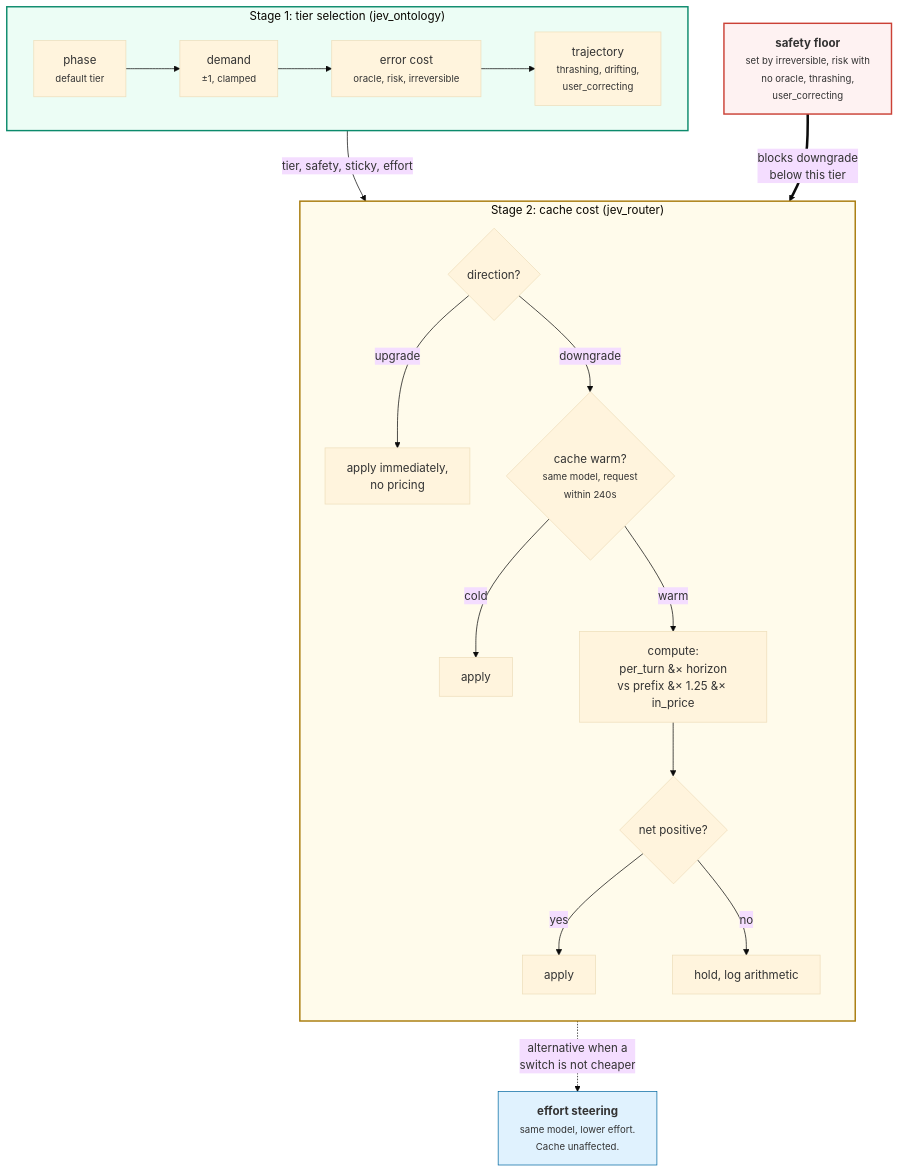
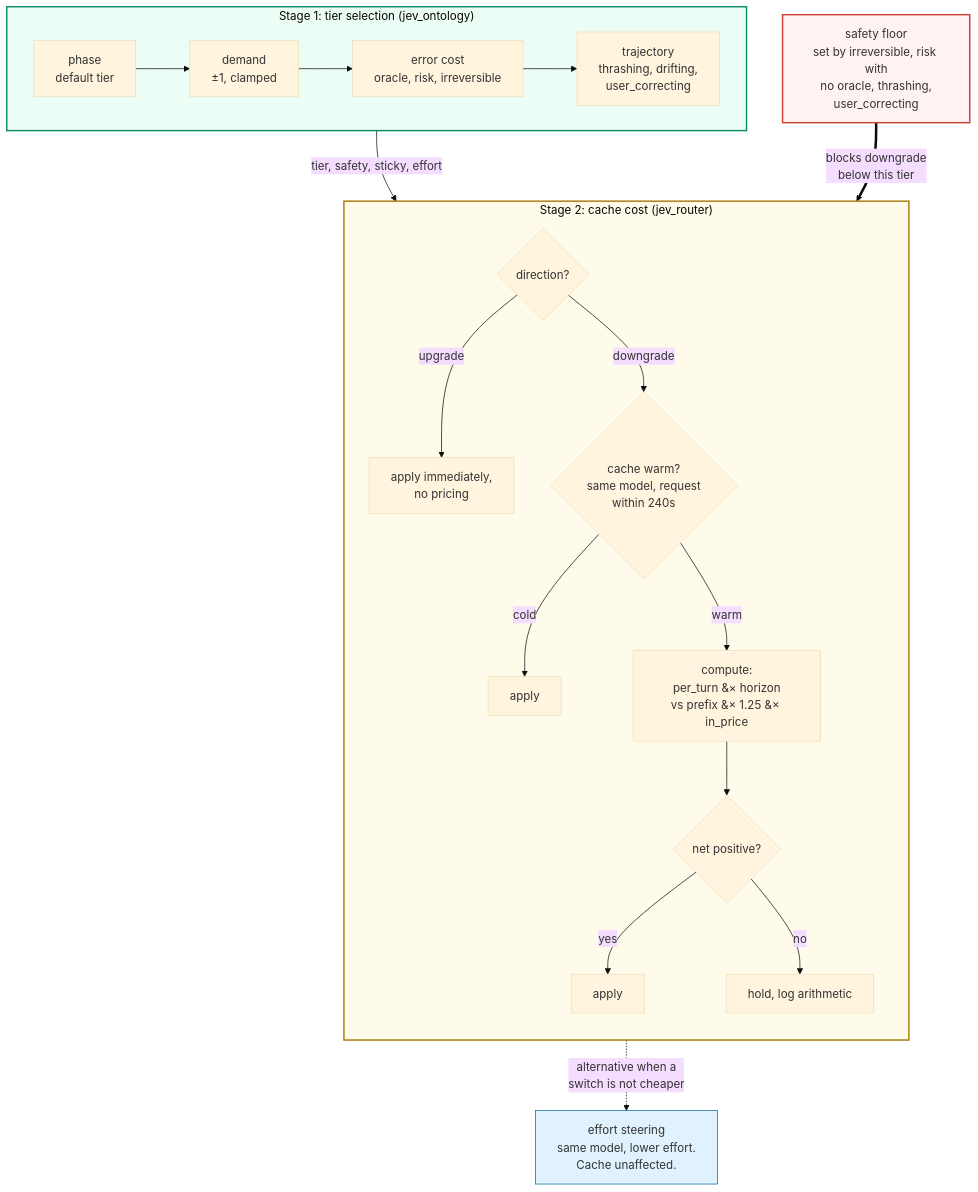
The fourth of 4 diagrams in docs/ARCHITECTURE.md (tgiridhar/claude-code-jev-smart-router), drawn with Mermaid (base theme) before and after one commit. The commit also changed other lines of this file and 2 other files, not shown here.

First line of the commit message:
docs: strip font tags from mermaid node labels

````diff
--- a/docs/ARCHITECTURE.md
+++ b/docs/ARCHITECTURE.md
@@ -163,32 +163,32 @@
 ```mermaid
 flowchart TB
     subgraph want["Stage 1: tier selection (jev_ontology)"]
         direction LR
-        w1["phase<br/><small>default tier</small>"] --> w2["demand<br/><small>&plusmn;1, clamped</small>"] --> w3["error cost<br/><small>oracle, risk, irreversible</small>"] --> w4["trajectory<br/><small>thrashing, drifting,<br/>user_correcting</small>"]
+        w1["phase<br/>default tier"] --> w2["demand<br/>&plusmn;1, clamped"] --> w3["error cost<br/>oracle, risk, irreversible"] --> w4["trajectory<br/>thrashing, drifting,<br/>user_correcting"]
     end
 
     want -->|"tier, safety, sticky, effort"| gate
 
     subgraph gate["Stage 2: cache cost (jev_router)"]
         direction TB
         g0{"direction?"}
         g0 -->|upgrade| g1["apply immediately,<br/>no pricing"]
-        g0 -->|downgrade| g2{"cache warm?<br/><small>same model, request<br/>within 240s</small>"}
+        g0 -->|downgrade| g2{"cache warm?<br/>same model, request<br/>within 240s"}
         g2 -->|cold| g3["apply"]
         g2 -->|warm| g4["compute:<br/>per_turn &#215; horizon<br/>vs prefix &#215; 1.25 &#215; in_price"]
         g4 --> g5{"net positive?"}
         g5 -->|yes| g6["apply"]
         g5 -->|no| g7["hold, log arithmetic"]
     end
 
-    safety["<b>safety floor</b><br/><small>set by irreversible, risk with<br/>no oracle, thrashing,<br/>user_correcting</small>"]
+    safety["safety floor<br/>set by irreversible, risk with<br/>no oracle, thrashing,<br/>user_correcting"]
     safety ==>|"blocks downgrade<br/>below this tier"| gate
 
-    effort["<b>effort steering</b><br/><small>same model, lower effort.<br/>Cache unaffected.</small>"]
+    effort["effort steering<br/>same model, lower effort.<br/>Cache unaffected."]
     gate -.->|"alternative when a<br/>switch is not cheaper"| effort
 
     style want fill:#ecfdf5,stroke:#0c8a6c,stroke-width:2px
     style gate fill:#fffbeb,stroke:#a87b0b,stroke-width:2px
     style safety fill:#fef2f2,stroke:#cb4136,stroke-width:2px
     style effort fill:#e0f2fe,stroke:#0369a1
 ```
````
